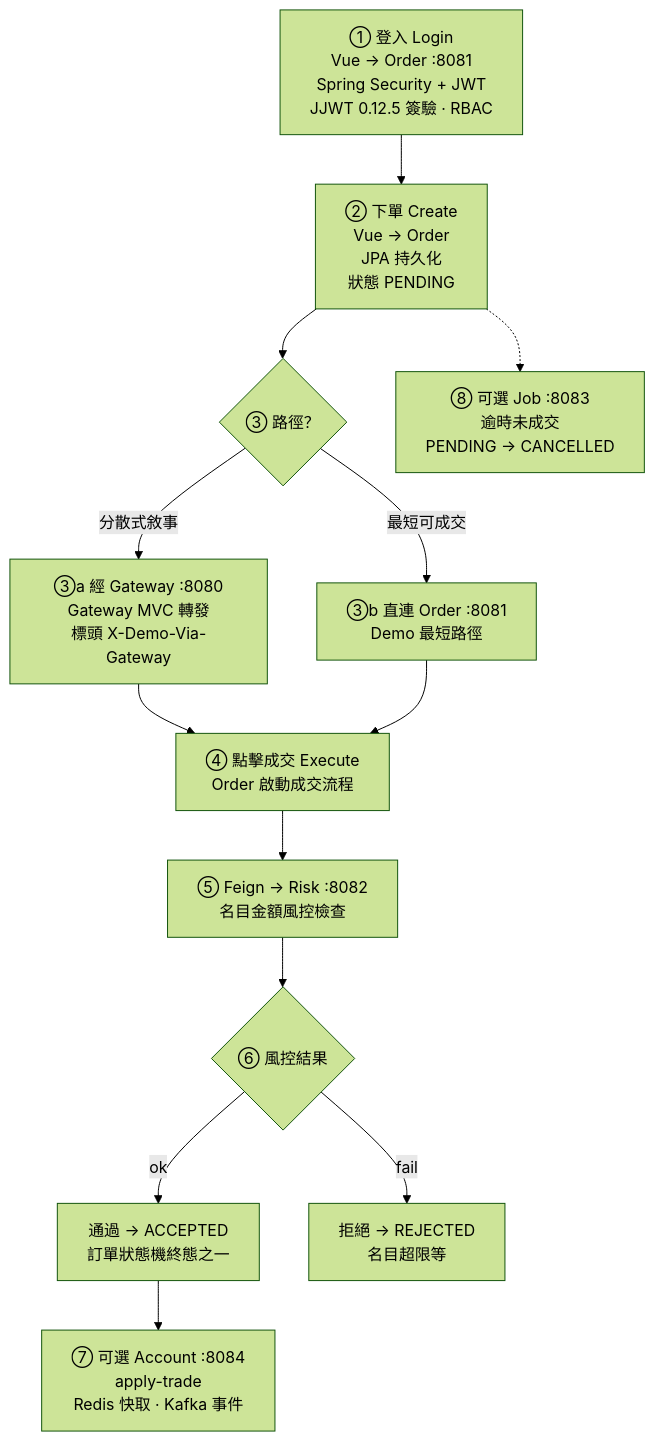
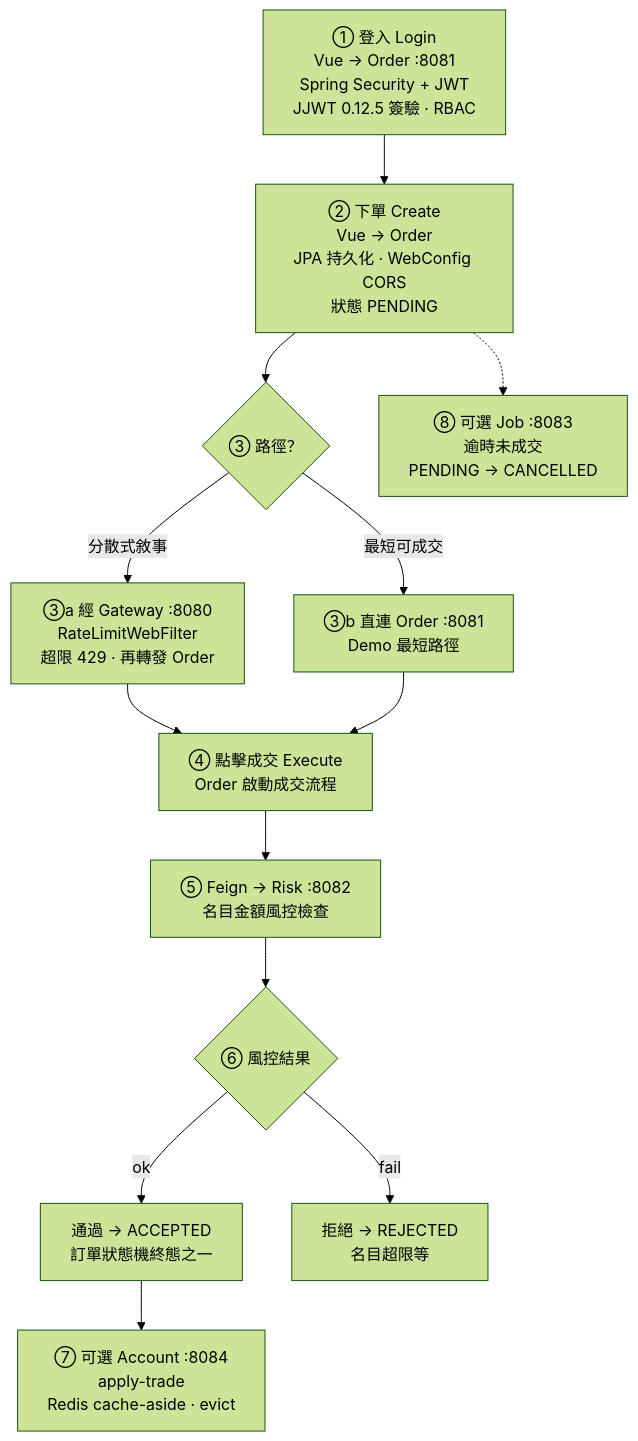
Before and after one commit to johnGitHub24/FinTechDemo: the diagram in docs/architecture/mermaid/02-flow.mmd, drawn with Mermaid (forest theme). The commit also changed 47 other files, not shown here.

```diff
--- a/docs/architecture/mermaid/02-flow.mmd
+++ b/docs/architecture/mermaid/02-flow.mmd
@@ -1,21 +1,21 @@
 flowchart TD
   A["① 登入 Login<br/>Vue → Order :8081<br/>Spring Security + JWT<br/>JJWT 0.12.5 簽驗 · RBAC"]
-  B["② 下單 Create<br/>Vue → Order<br/>JPA 持久化<br/>狀態 PENDING"]
+  B["② 下單 Create<br/>Vue → Order<br/>JPA 持久化 · WebConfig CORS<br/>狀態 PENDING"]
   C{"③ 路徑？"}
-  D["③a 經 Gateway :8080<br/>Gateway MVC 轉發<br/>標頭 X-Demo-Via-Gateway"]
+  D["③a 經 Gateway :8080<br/>RateLimitWebFilter<br/>超限 429 · 再轉發 Order"]
   E["③b 直連 Order :8081<br/>Demo 最短路徑"]
   F["④ 點擊成交 Execute<br/>Order 啟動成交流程"]
   G["⑤ Feign → Risk :8082<br/>名目金額風控檢查"]
   H{"⑥ 風控結果"}
   I["通過 → ACCEPTED<br/>訂單狀態機終態之一"]
   J["拒絕 → REJECTED<br/>名目超限等"]
-  K["⑦ 可選 Account :8084<br/>apply-trade<br/>Redis 快取 · Kafka 事件"]
+  K["⑦ 可選 Account :8084<br/>apply-trade<br/>Redis cache-aside · evict"]
   L["⑧ 可選 Job :8083<br/>逾時未成交<br/>PENDING → CANCELLED"]
 
   A --> B --> C
   C -->|分散式敘事| D --> F
   C -->|最短可成交| E --> F
   F --> G --> H
   H -->|ok| I --> K
   H -->|fail| J
   B -.-> L
```
